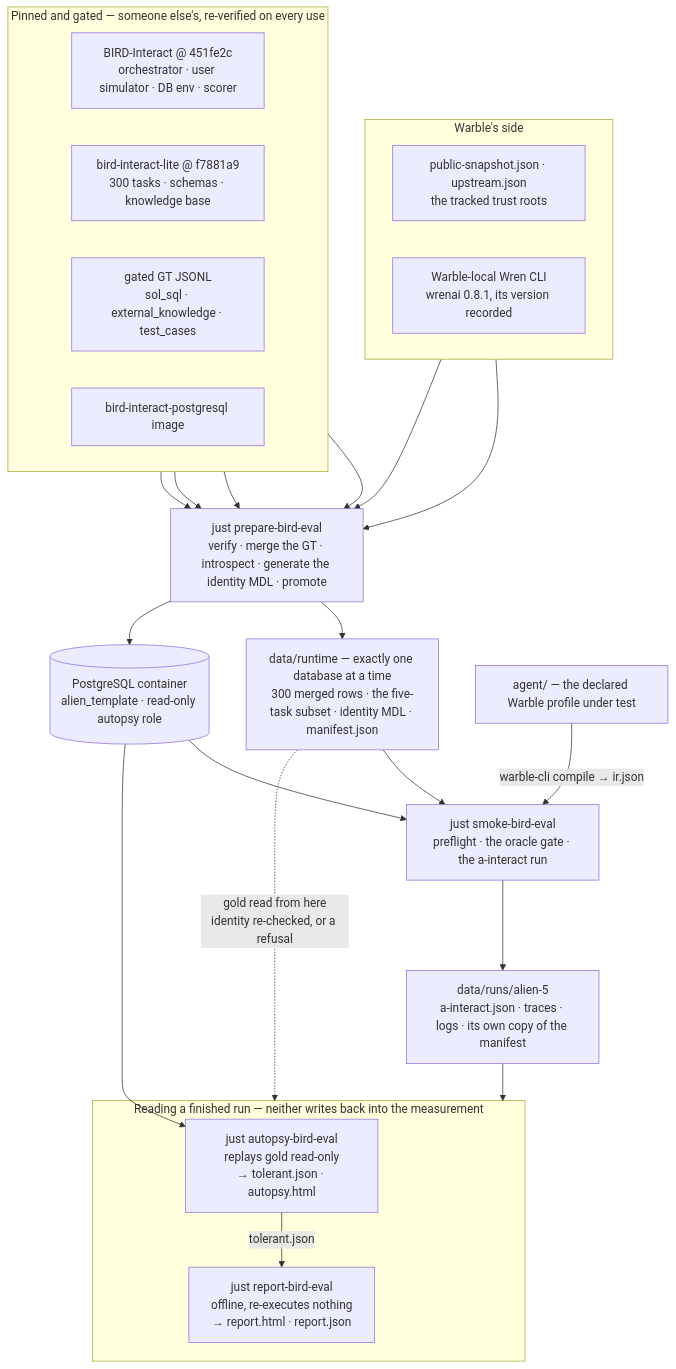
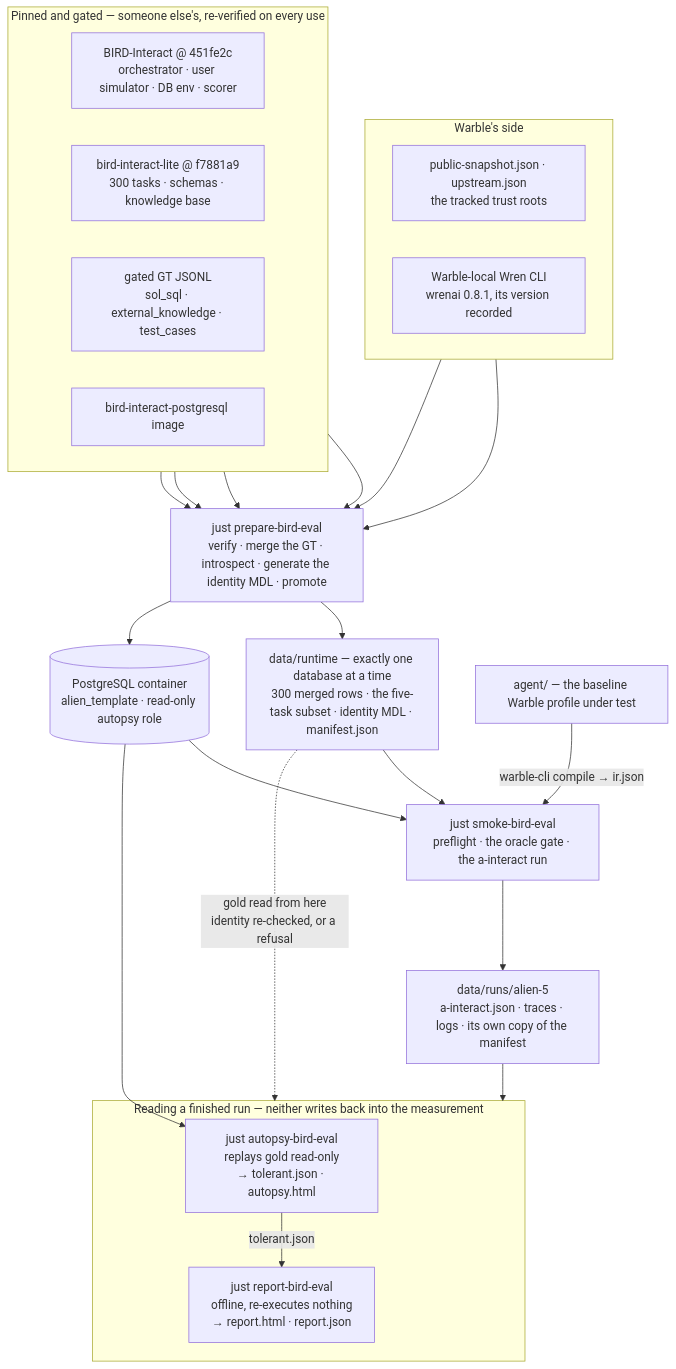
Before and after one commit to Canner/Warble: the first of 2 diagrams in eval/bird-interact/README.md, drawn with Mermaid. The commit also changed other lines of this file and 2 other files, not shown here.

````diff
--- a/eval/bird-interact/README.md
+++ b/eval/bird-interact/README.md
@@ -60,47 +67,47 @@
 ```mermaid
 flowchart TB
     subgraph EXTERNAL["Pinned and gated — someone else's, re-verified on every use"]
         direction LR
         CODE["BIRD-Interact @ 451fe2c<br/>orchestrator · user simulator · DB env · scorer"]
         DATA["bird-interact-lite @ f7881a9<br/>300 tasks · schemas · knowledge base"]
         GOLD["gated GT JSONL<br/>sol_sql · external_knowledge · test_cases"]
         IMAGE["bird-interact-postgresql image"]
     end
 
     subgraph MINE["Warble's side"]
         direction LR
         TRUST["public-snapshot.json · upstream.json<br/>the tracked trust roots"]
         WRENBIN["Warble-local Wren CLI<br/>wrenai 0.8.1, its version recorded"]
     end
 
     PREPARE["just prepare-bird-eval<br/>verify · merge the GT · introspect · generate the identity MDL · promote"]
     CODE --> PREPARE
     DATA --> PREPARE
     GOLD --> PREPARE
     IMAGE --> PREPARE
     TRUST --> PREPARE
     WRENBIN --> PREPARE
 
     RUNTIME["data/runtime — exactly one database at a time<br/>300 merged rows · the five-task subset · identity MDL · manifest.json"]
     PGDB[("PostgreSQL container<br/>alien_template · read-only autopsy role")]
     PREPARE --> RUNTIME
     PREPARE --> PGDB
 
-    PROFILE["agent/ — the declared Warble profile under test"]
+    PROFILE["agent/ — the baseline Warble profile under test"]
     SMOKE["just smoke-bird-eval<br/>preflight · the oracle gate · the a-interact run"]
     PROFILE -- "warble-cli compile → ir.json" --> SMOKE
     RUNTIME --> SMOKE
     PGDB --> SMOKE
 
     RUNDIR["data/runs/alien-5<br/>a-interact.json · traces · logs · its own copy of the manifest"]
     SMOKE --> RUNDIR
 
     subgraph READ["Reading a finished run — neither writes back into the measurement"]
         AUTOPSY["just autopsy-bird-eval<br/>replays gold read-only<br/>→ tolerant.json · autopsy.html"]
         REPORT["just report-bird-eval<br/>offline, re-executes nothing<br/>→ report.html · report.json"]
         AUTOPSY -- "tolerant.json" --> REPORT
     end
     RUNDIR --> READ
     PGDB --> AUTOPSY
     RUNTIME -. "gold read from here<br/>identity re-checked, or a refusal" .-> READ
 ```
````
